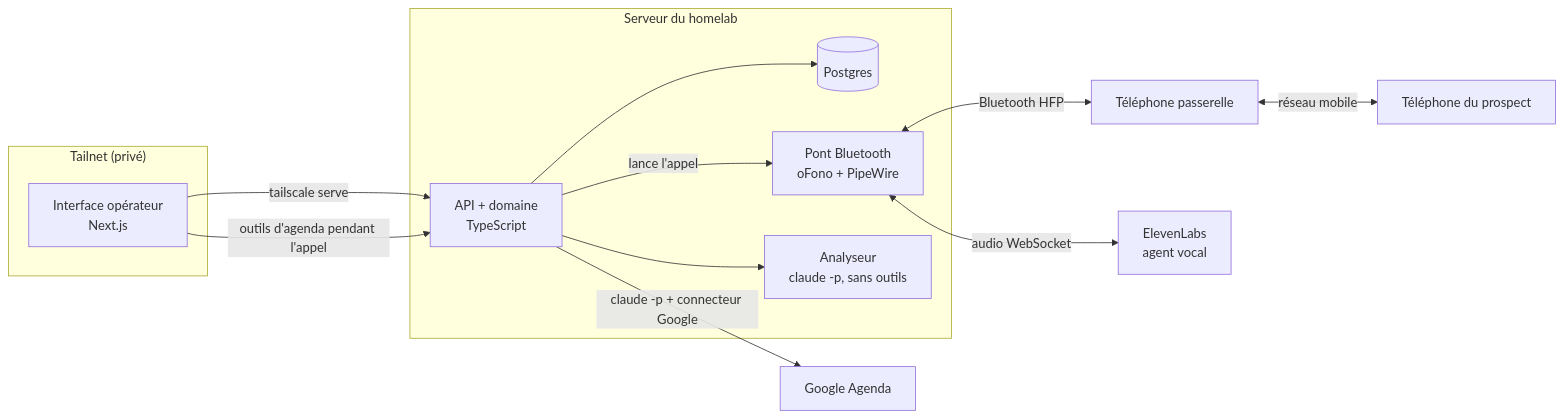
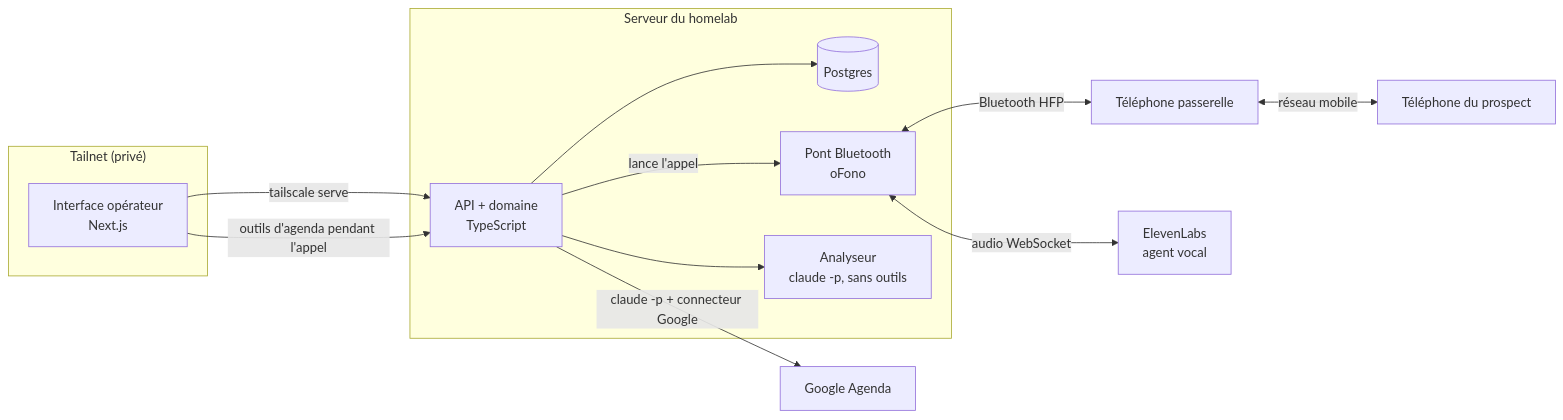
The diagram in README.md (Tibxla/autocalled), drawn with Mermaid before and after one commit. The commit also changed other lines of this file and 6 other files, not shown here.

First line of the commit message:
feat(pont): spike Bluetooth validé, le serveur compose, le son passe dans les deux sens et le raccrochage est détecté

````diff
--- a/README.md
+++ b/README.md
@@ -34,28 +34,28 @@
 ```mermaid
 flowchart LR
     subgraph Tailnet["Tailnet (privé)"]
         UI["Interface opérateur<br/>Next.js"]
     end
 
     subgraph Serveur["Serveur du homelab"]
         API["API + domaine<br/>TypeScript"]
         DB[("Postgres")]
-        Bridge["Pont Bluetooth<br/>oFono + PipeWire"]
+        Bridge["Pont Bluetooth<br/>oFono"]
         Analyseur["Analyseur<br/>claude -p, sans outils"]
     end
 
     Phone["Téléphone passerelle"]
     Prospect["Téléphone du prospect"]
     EL["ElevenLabs<br/>agent vocal"]
     GCal["Google Agenda"]
 
     UI -->|tailscale serve| API
     API --> DB
     API -->|lance l'appel| Bridge
     Bridge <-->|Bluetooth HFP| Phone
     Phone <-->|réseau mobile| Prospect
     Bridge <-->|audio WebSocket| EL
     UI -->|outils d'agenda pendant l'appel| API
     API -->|claude -p + connecteur Google| GCal
     API --> Analyseur
 ```
````
